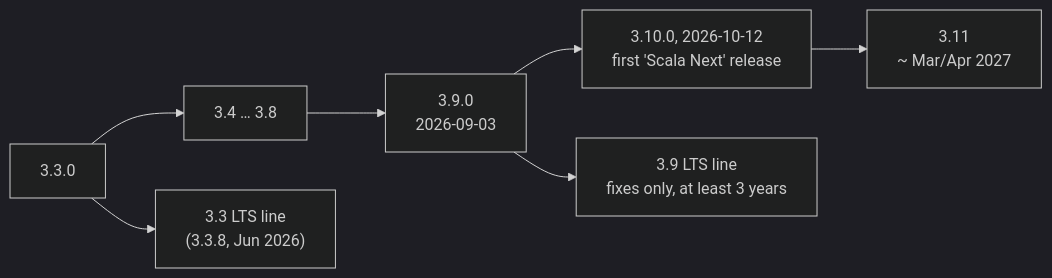
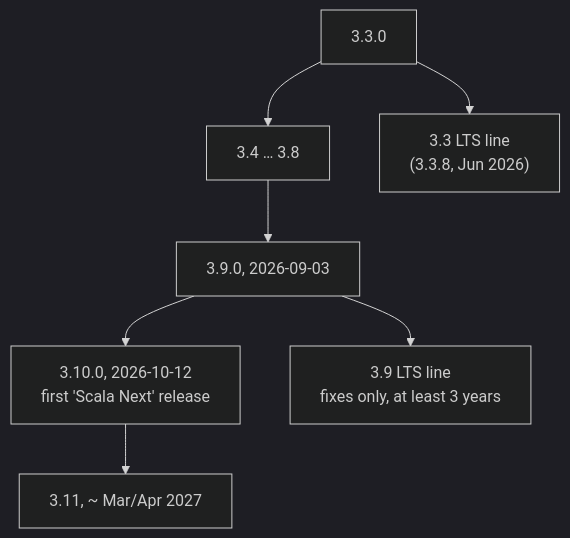
One commit to yurii-mysak/scala-training-docs changed the second of 4 diagrams in dojo/lessons/2026-10-13-2-scala-3-10-next-vs-lts-and-what-breaks.md. Above: the diagram before and after it, drawn with Mermaid (dark theme). The commit also changed other lines of this file and 44 other files, not shown here.

First line of the commit message:
dojo: reviewer fixes (legible top-down diagrams, log axes, reproducible timings, licence and citation corrections); asset map tracks content hashes

````diff
--- a/dojo/lessons/2026-10-13-2-scala-3-10-next-vs-lts-and-what-breaks.md
+++ b/dojo/lessons/2026-10-13-2-scala-3-10-next-vs-lts-and-what-breaks.md
@@ -71,6 +77,7 @@
 ```mermaid
-flowchart LR
-  N33["3.3.0"] --> N38["3.4 … 3.8"] --> N39["3.9.0<br/>2026-09-03"] --> N310["3.10.0, 2026-10-12<br/>first 'Scala Next' release"] --> N311["3.11<br/>~ Mar/Apr 2027"]
+flowchart TD
+  N33["3.3.0"] --> N38["3.4 … 3.8"] --> N39["3.9.0, 2026-09-03"]
+  N39 --> N310["3.10.0, 2026-10-12<br/>first 'Scala Next' release"] --> N311["3.11, ~ Mar/Apr 2027"]
   N33 --> L33["3.3 LTS line<br/>(3.3.8, Jun 2026)"]
   N39 --> L39["3.9 LTS line<br/>fixes only, at least 3 years"]
 ```
````
